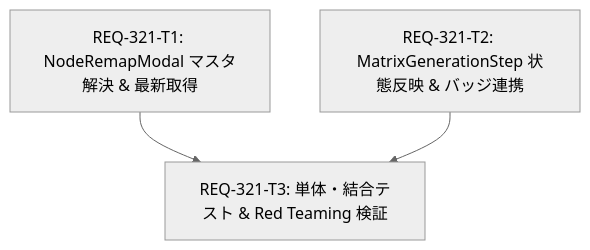
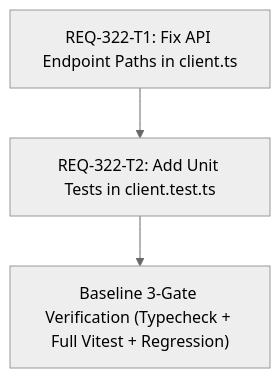
One commit to TAKE4548/comfy-create-helper2 changed the diagram in implementation_plan.md. Above: the diagram before and after it, drawn with Mermaid (neutral theme). The commit also changed other lines of this file and 9 other files, not shown here.

Commit message:
feat(REQ-322): fix LoRA Studio API path double prefix (405 Method Not Allowed)

````diff
--- a/implementation_plan.md
+++ b/implementation_plan.md
@@ -29,9 +21,5 @@
 ```mermaid
 graph TD
-    REQ-321-T1["REQ-321-T1: NodeRemapModal マスタ解決 & 最新取得"]
-    REQ-321-T2["REQ-321-T2: MatrixGenerationStep 状態反映 & バッジ連携"]
-    REQ-321-T3["REQ-321-T3: 単体・結合テスト & Red Teaming 検証"]
-
-    REQ-321-T1 --> REQ-321-T3
-    REQ-321-T2 --> REQ-321-T3
+    REQ-322-T1["REQ-322-T1: Fix API Endpoint Paths in client.ts"] --> REQ-322-T2["REQ-322-T2: Add Unit Tests in client.test.ts"]
+    REQ-322-T2 --> VERIFY["Baseline 3-Gate Verification (Typecheck + Full Vitest + Regression)"]
 ```
````
